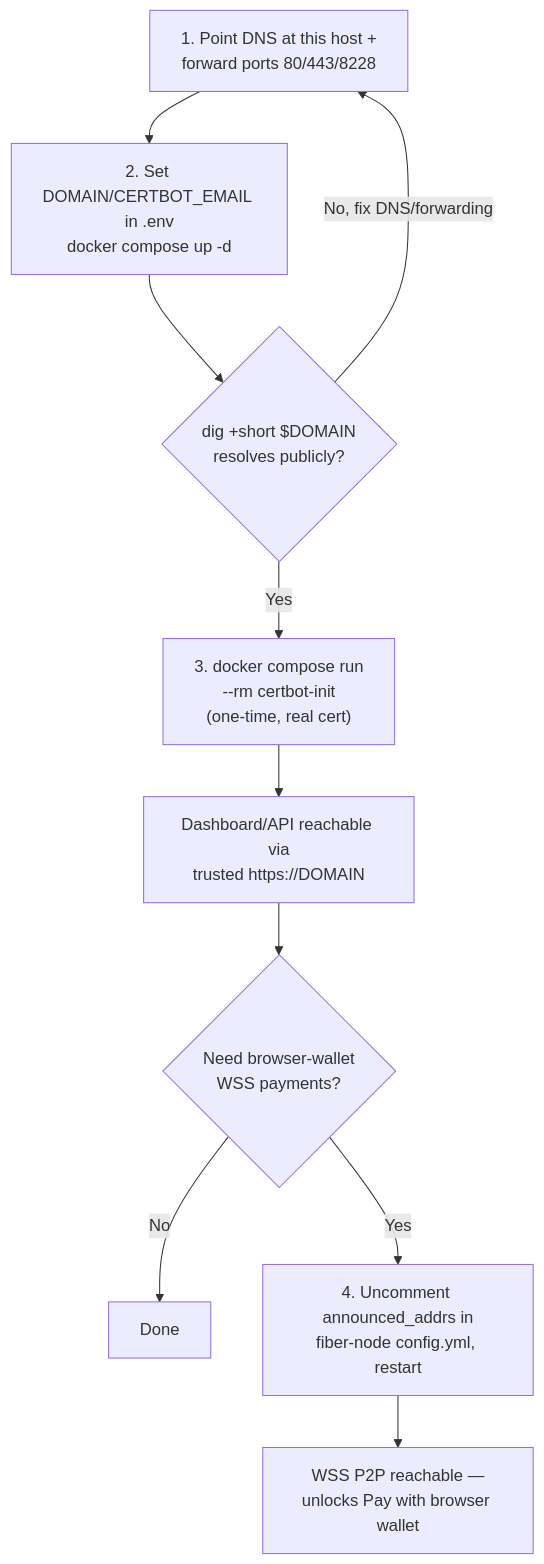
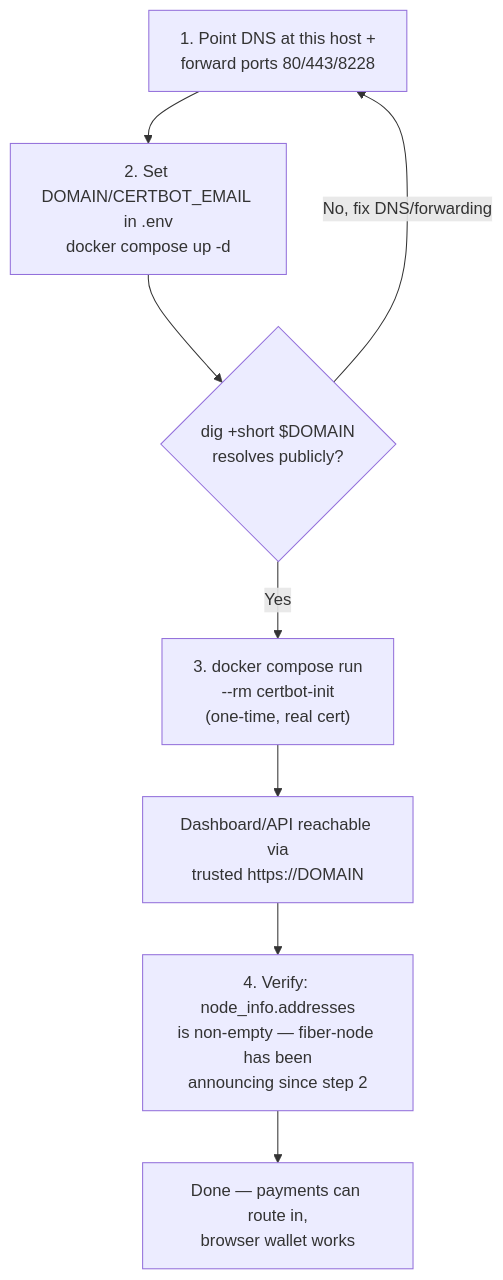
One commit to tiennt0212/FiberGate changed the second of 2 diagrams in docs/merchants/public-https-deploy.md. Above: the diagram before and after it, drawn with Mermaid. The commit also changed other lines of this file and 24 other files, not shown here.

First line of the commit message:
fix(fiber-node): announce a reachable address so the network stops banning the node (#91)

````diff
--- a/docs/merchants/public-https-deploy.md
+++ b/docs/merchants/public-https-deploy.md
@@ -37,12 +37,10 @@
 ```mermaid
 flowchart TD
     A["1. Point DNS at this host +<br/>forward ports 80/443/8228"] --> B["2. Set DOMAIN/CERTBOT_EMAIL in .env<br/>docker compose up -d"]
     B --> C{"dig +short $DOMAIN<br/>resolves publicly?"}
     C -->|No, fix DNS/forwarding| A
     C -->|Yes| D["3. docker compose run<br/>--rm certbot-init<br/>(one-time, real cert)"]
     D --> E["Dashboard/API reachable via<br/>trusted https://DOMAIN"]
-    E --> F{"Need browser-wallet<br/>WSS payments?"}
-    F -->|No| G["Done"]
-    F -->|Yes| H["4. Uncomment announced_addrs in<br/>fiber-node config.yml, restart"]
-    H --> I["WSS P2P reachable —<br/>unlocks Pay with browser wallet"]
+    E --> K["4. Verify: node_info.addresses<br/>is non-empty — fiber-node has been<br/>announcing since step 2"]
+    K --> G["Done — payments can route in,<br/>browser wallet works"]
 ```
````
